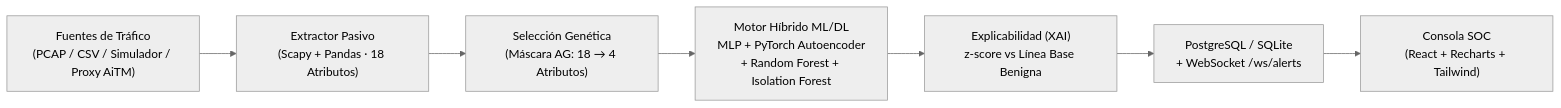
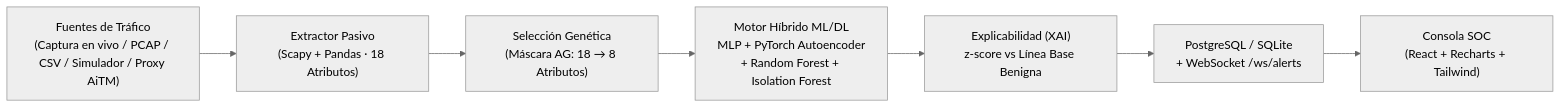
One commit to JoelFlC/CIPHERTRACE-AI changed the diagram in README.md. Above: the diagram before and after it, drawn with Mermaid (neutral theme). The commit also changed other lines of this file and 3 other files, not shown here.

````diff
--- a/README.md
+++ b/README.md
@@ -38,9 +38,9 @@
 ```mermaid
 flowchart LR
-    A["Fuentes de Tráfico\n(PCAP / CSV / Simulador / Proxy AiTM)"] --> B["Extractor Pasivo\n(Scapy + Pandas · 18 Atributos)"]
-    B --> C["Selección Genética\n(Máscara AG: 18 → 4 Atributos)"]
+    A["Fuentes de Tráfico\n(Captura en vivo / PCAP / CSV / Simulador / Proxy AiTM)"] --> B["Extractor Pasivo\n(Scapy + Pandas · 18 Atributos)"]
+    B --> C["Selección Genética\n(Máscara AG: 18 → 8 Atributos)"]
     C --> D["Motor Híbrido ML/DL\nMLP + PyTorch Autoencoder\n+ Random Forest + Isolation Forest"]
     D --> E["Explicabilidad (XAI)\nz-score vs Línea Base Benigna"]
     E --> F["PostgreSQL / SQLite\n+ WebSocket /ws/alerts"]
     F --> G["Consola SOC\n(React + Recharts + Tailwind)"]
 ```
````
